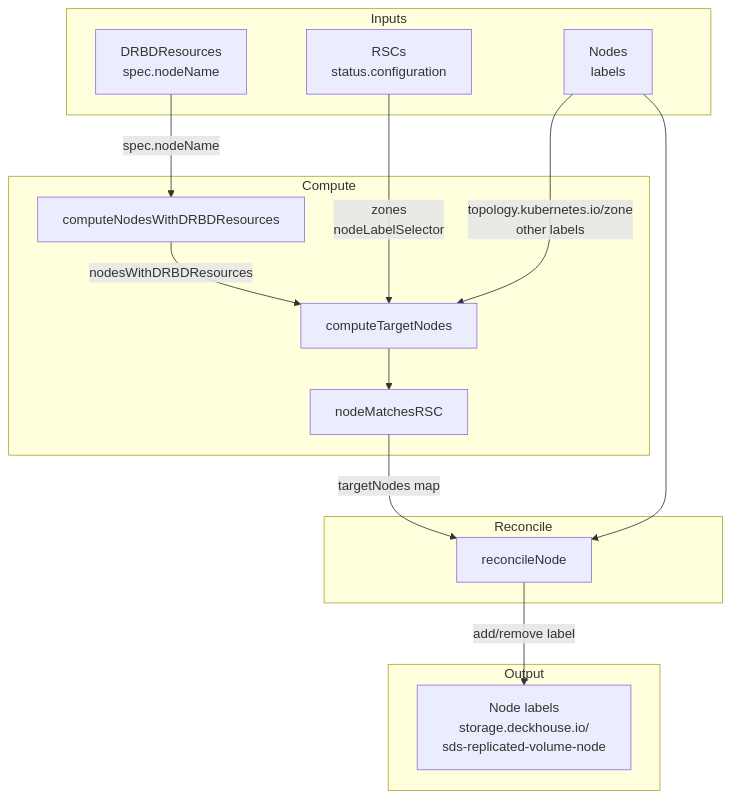
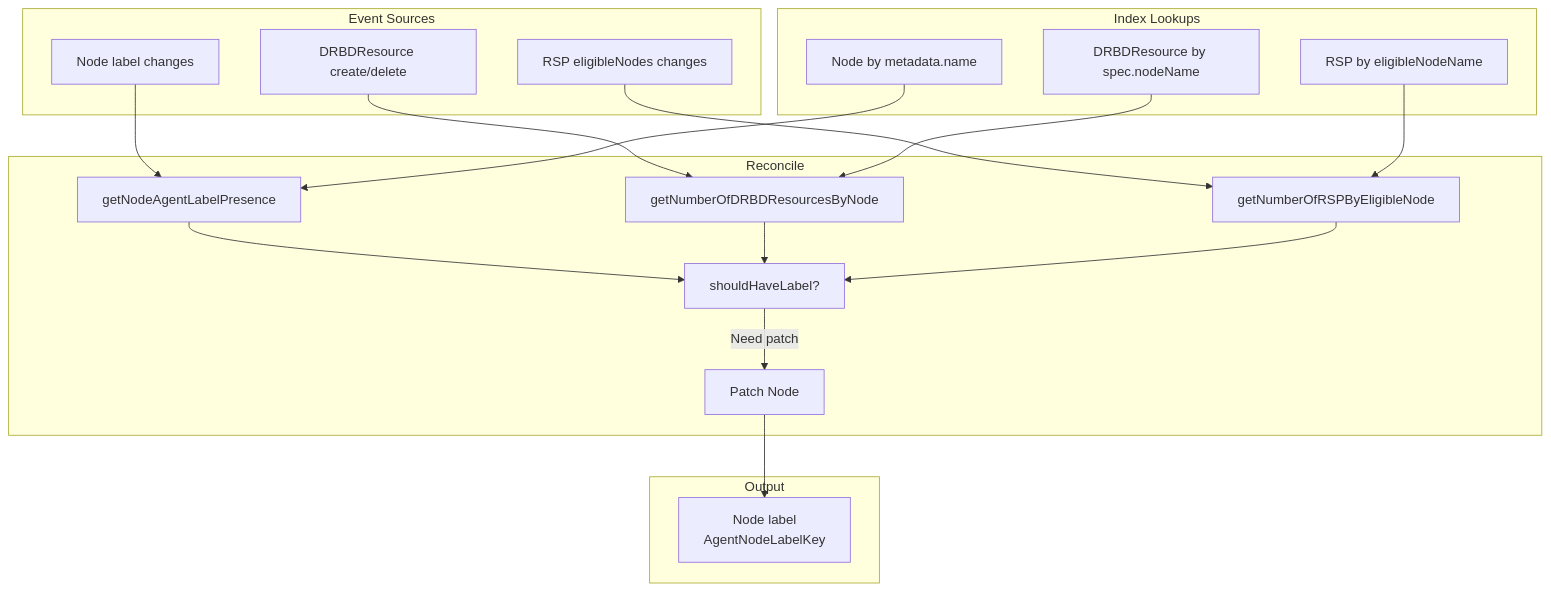
Before and after one commit to deckhouse/sds-replicated-volume: the second of 2 diagrams in images/controller/internal/controllers/node_controller/README.md, drawn with Mermaid. The commit also changed other lines of this file and 40 other files, not shown here.

````diff
--- a/images/controller/internal/controllers/node_controller/README.md
+++ b/images/controller/internal/controllers/node_controller/README.md
@@ -91,33 +94,41 @@
 ```mermaid
 flowchart TD
-    subgraph inputs [Inputs]
-        RSCs[RSCs<br>status.configuration]
-        DRBDResources[DRBDResources<br>spec.nodeName]
-        Nodes[Nodes<br>labels]
+    subgraph events [Event Sources]
+        NodeEvents[Node label changes]
+        RSPEvents[RSP eligibleNodes changes]
+        DRBDEvents[DRBDResource create/delete]
     end
 
-    subgraph compute [Compute]
-        ComputeDRBD[computeNodesWithDRBDResources]
-        ComputeTarget[computeTargetNodes]
-        NodeMatch[nodeMatchesRSC]
+    subgraph indexes [Index Lookups]
+        NodeIndex[Node by metadata.name]
+        DRBDIndex[DRBDResource by spec.nodeName]
+        RSPIndex[RSP by eligibleNodeName]
     end
 
     subgraph reconcile [Reconcile]
-        ReconcileNode[reconcileNode]
+        CheckLabel[getNodeAgentLabelPresence]
+        CountDRBD[getNumberOfDRBDResourcesByNode]
+        CountRSP[getNumberOfRSPByEligibleNode]
+        Decision[shouldHaveLabel?]
+        PatchNode[Patch Node]
     end
 
     subgraph output [Output]
-        NodeLabel[Node labels<br>storage.deckhouse.io/<br>sds-replicated-volume-node]
+        NodeLabel[Node label<br>AgentNodeLabelKey]
     end
 
-    DRBDResources -->|spec.nodeName| ComputeDRBD
-    ComputeDRBD -->|nodesWithDRBDResources| ComputeTarget
-    RSCs -->|zones<br>nodeLabelSelector| ComputeTarget
-    Nodes -->|topology.kubernetes.io/zone<br>other labels| ComputeTarget
+    NodeEvents --> CheckLabel
+    RSPEvents --> CountRSP
+    DRBDEvents --> CountDRBD
 
-    ComputeTarget --> NodeMatch
-    NodeMatch -->|targetNodes map| ReconcileNode
+    NodeIndex --> CheckLabel
+    DRBDIndex --> CountDRBD
+    RSPIndex --> CountRSP
 
-    Nodes --> ReconcileNode
-    ReconcileNode -->|add/remove label| NodeLabel
+    CheckLabel --> Decision
+    CountDRBD --> Decision
+    CountRSP --> Decision
+
+    Decision -->|Need patch| PatchNode
+    PatchNode --> NodeLabel
 ```
````
